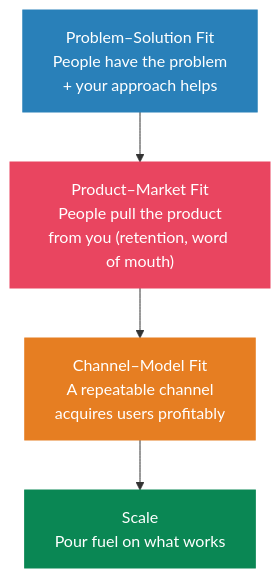
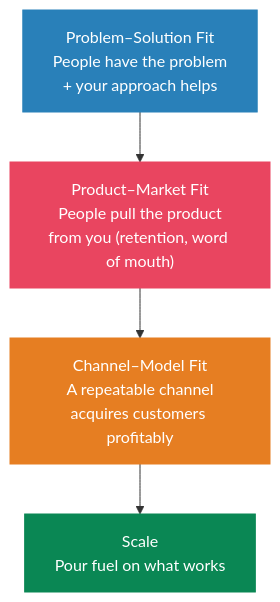
The sixth of 9 diagrams in business/startup-playbook.md (Cyvid7-Darus10/peak-self), drawn with Mermaid before and after one commit. The commit also changed other lines of this file and 2 other files, not shown here.

````diff
--- a/business/startup-playbook.md
+++ b/business/startup-playbook.md
@@ -65,10 +182,10 @@
 ```mermaid
 flowchart TD
     A["Problem–Solution Fit<br/>People have the problem<br/>+ your approach helps"] --> B["Product–Market Fit<br/>People pull the product<br/>from you (retention, word of mouth)"]
-    B --> C["Channel–Model Fit<br/>A repeatable channel<br/>acquires users profitably"]
+    B --> C["Channel–Model Fit<br/>A repeatable channel<br/>acquires customers profitably"]
     C --> D["Scale<br/>Pour fuel on what works"]
     style A fill:#2980b9,stroke:#2980b9,color:#fff
     style B fill:#e94560,stroke:#e94560,color:#fff
     style C fill:#e67e22,stroke:#e67e22,color:#fff
     style D fill:#0a8754,stroke:#0a8754,color:#fff
 ```
````
